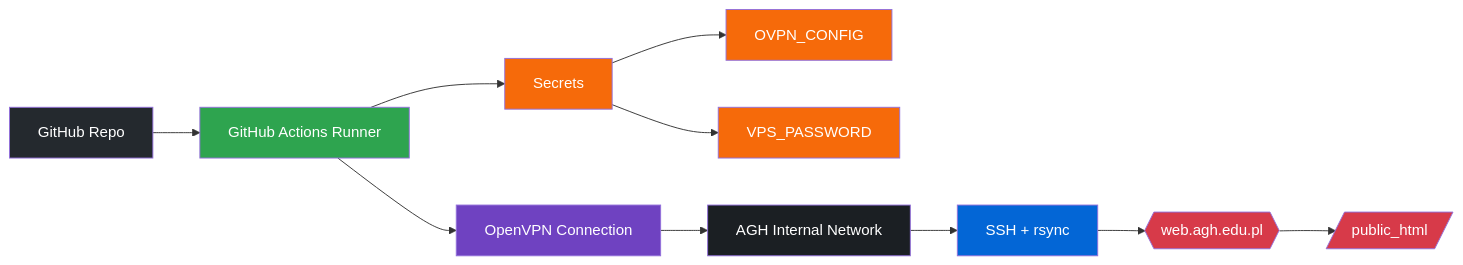
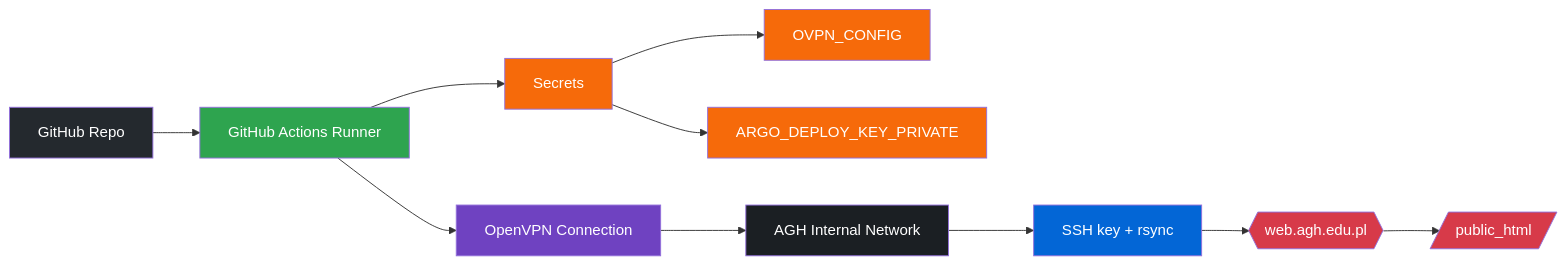
The second of 2 diagrams in README.md (AlexSzczygielski/argo_website), drawn with Mermaid before and after one commit. The commit also changed other lines of this file, not shown here.

````diff
--- a/README.md
+++ b/README.md
@@ -81,24 +78,23 @@
 ```mermaid
 graph LR
     A[GitHub Repo]:::github --> B[GitHub Actions Runner]:::pipeline
     
     B --> C[Secrets]:::secret
     C --> D1[OVPN_CONFIG]:::secret
-    C --> D2[VPS_PASSWORD]:::secret
+    C --> D2[ARGO_DEPLOY_KEY_PRIVATE]:::secret
     
     B --> E[OpenVPN Connection]:::vpn
     E --> F[AGH Internal Network]:::network
     
-    F --> G[SSH + rsync]:::deploy
+    F --> G[SSH key + rsync]:::deploy
     G --> H{{web.agh.edu.pl}}:::server
     H --> I[/public_html/]:::server
 
-    %% Classes
     classDef github fill:#24292e,color:#fff;
     classDef pipeline fill:#2ea44f,color:#fff;
     classDef vpn fill:#6f42c1,color:#fff;
     classDef deploy fill:#0366d6,color:#fff;
     classDef server fill:#d73a49,color:#fff;
     classDef secret fill:#f66a0a,color:#fff;
     classDef network fill:#1b1f23,color:#fff;
 ```
````
